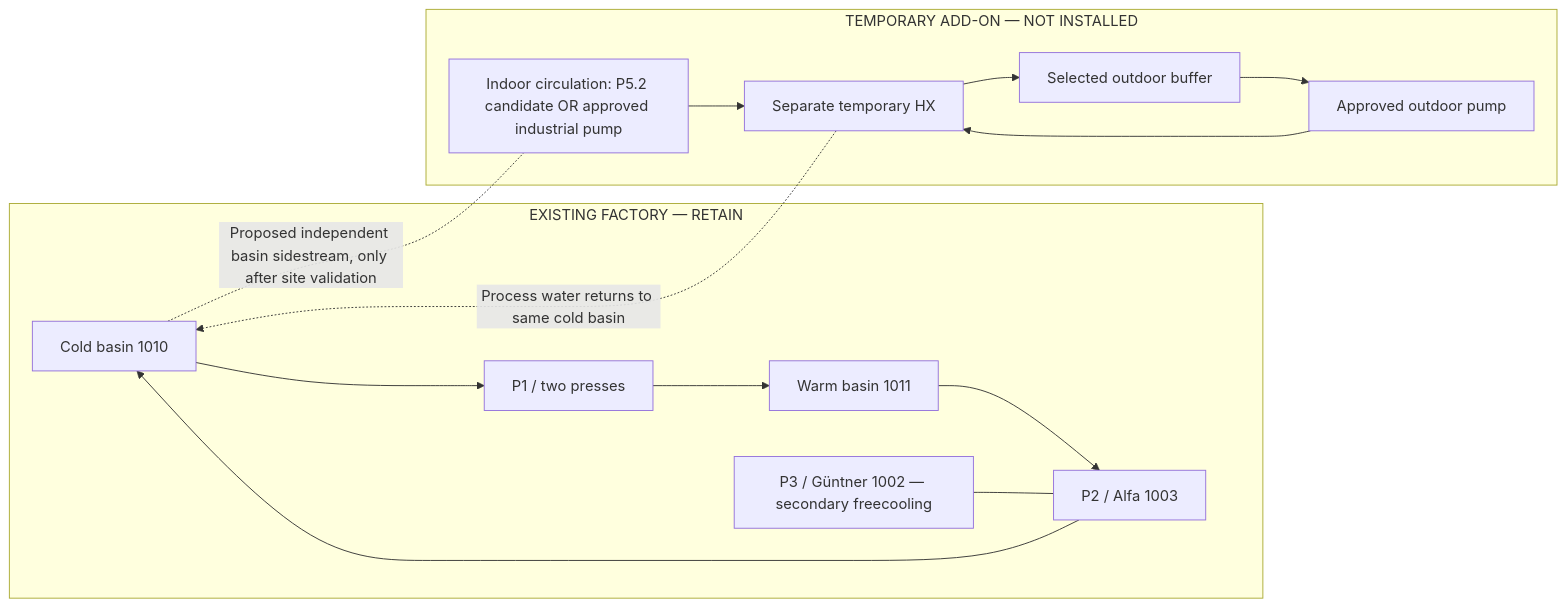
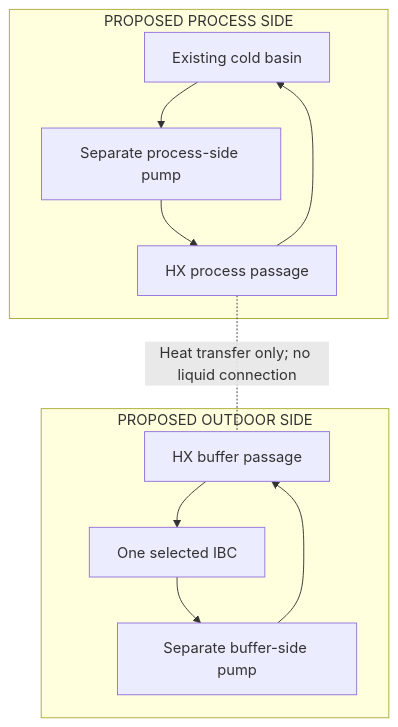
One commit to yoyaku-group/objects-cooling-team-reference changed the diagram in docs/SYSTEM-OVERVIEW.md. Above: the diagram before and after it, drawn with Mermaid. The commit also changed other lines of this file and 7 other files, not shown here.

````diff
--- a/docs/SYSTEM-OVERVIEW.md
+++ b/docs/SYSTEM-OVERVIEW.md
@@ -21,14 +23,14 @@
 ```mermaid
-flowchart LR
-  subgraph Plant["EXISTING FACTORY — RETAIN"]
-    A["Cold basin 1010"] --> B["P1 / two presses"] --> C["Warm basin 1011"] --> D["P2 / Alfa 1003"] --> A
-    E["P3 / Güntner 1002 — secondary freecooling"] --- D
+flowchart TB
+  subgraph Process["PROPOSED PROCESS SIDE"]
+    A["Existing cold basin"] --> P["Separate process-side pump"]
+    P --> X["HX process passage"]
+    X --> A
   end
-  subgraph Temp["TEMPORARY ADD-ON — NOT INSTALLED"]
-    F["Indoor circulation: P5.2 candidate OR approved industrial pump"] --> G["Separate temporary HX"]
-    H["Selected outdoor buffer"] --> I["Approved outdoor pump"] --> G
-    G --> H
+  subgraph Buffer["PROPOSED OUTDOOR SIDE"]
+    B["One selected IBC"] --> Q["Separate buffer-side pump"]
+    Q --> Y["HX buffer passage"]
+    Y --> B
   end
-  A -. "Proposed independent basin sidestream, only after site validation" .- F
-  G -. "Process water returns to same cold basin" .-> A
+  X -. "Heat transfer only; no liquid connection" .- Y
 ```
````
